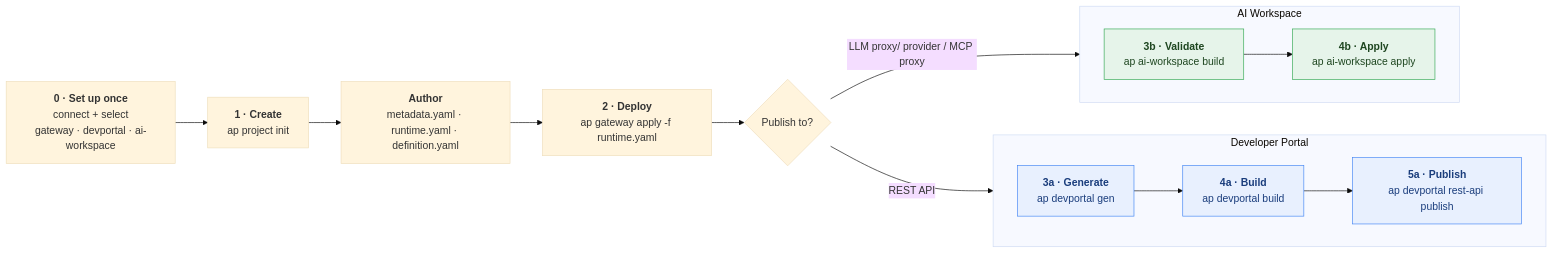
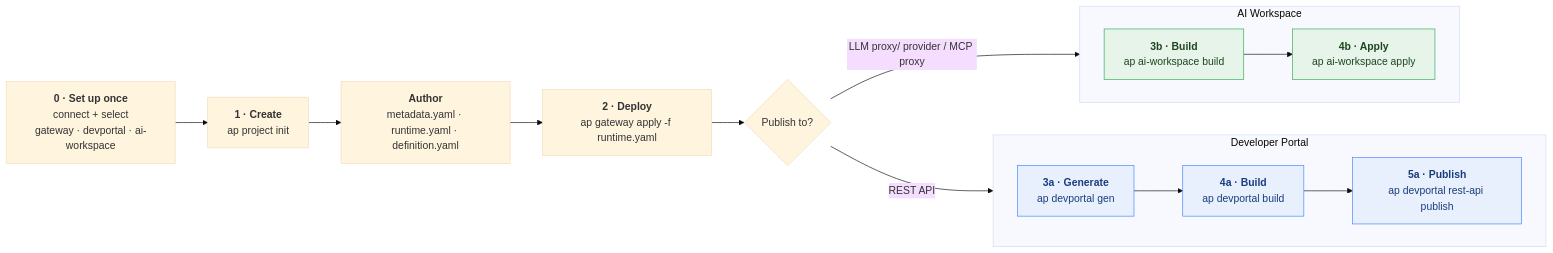
One commit to wso2/api-platform changed the diagram in docs/cli/end-to-end-workflow.md. Above: the diagram before and after it, drawn with Mermaid (base theme). The commit also changed other lines of this file and 6 other files, not shown here.

````diff
--- a/docs/cli/end-to-end-workflow.md
+++ b/docs/cli/end-to-end-workflow.md
@@ -13,25 +13,25 @@
 ```mermaid
 flowchart LR
     A["<b>0 · Set up once</b><br/>connect + select<br/>gateway · devportal · ai-workspace"] --> B["<b>1 · Create</b><br/>ap project init"]
     B --> C["<b>Author</b><br/>metadata.yaml · runtime.yaml · definition.yaml"]
     C --> D["<b>2 · Deploy</b><br/>ap gateway apply -f runtime.yaml"]
     D --> E{"Publish to?"}
 
     subgraph DP["Developer Portal"]
         direction LR
         F["<b>3a · Generate</b><br/>ap devportal gen"] --> G["<b>4a · Build</b><br/>ap devportal build"] --> H["<b>5a · Publish</b><br/>ap devportal rest-api publish"]
     end
 
     subgraph AW["AI Workspace"]
         direction LR
-        I["<b>3b · Validate</b><br/>ap ai-workspace build"] --> J["<b>4b · Apply</b><br/>ap ai-workspace apply"]
+        I["<b>3b · Build</b><br/>ap ai-workspace build"] --> J["<b>4b · Apply</b><br/>ap ai-workspace apply"]
     end
 
     E -->|REST API| F
     E -->|LLM proxy/ provider / MCP proxy| I
 
     classDef dp fill:#e8f0fe,stroke:#4285f4,color:#1a3d7c;
     classDef aiws fill:#e6f4ea,stroke:#34a853,color:#1e4620;
     class F,G,H dp;
     class I,J aiws;
 ```
````
